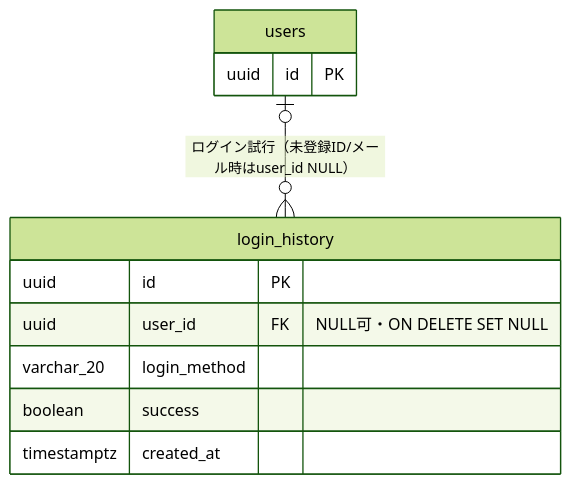
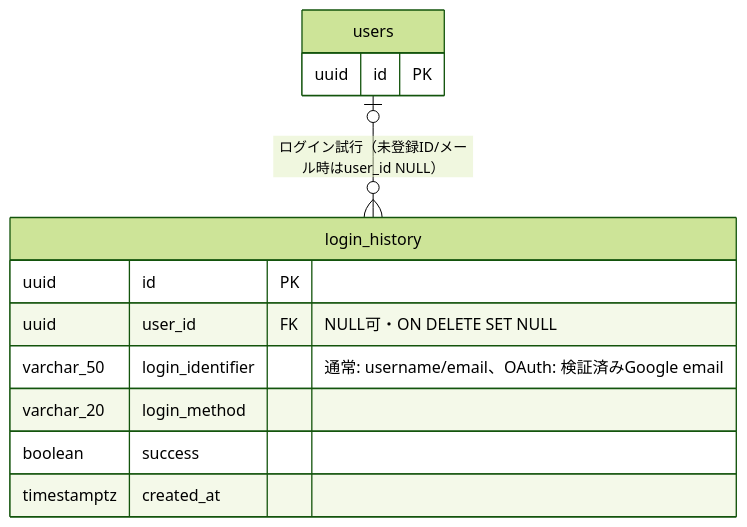
Before and after one commit to oikawa-d/task_management: the first of 3 diagrams in docs/detailed_design/database/03_table_login_history.md, drawn with Mermaid (forest theme). The commit also changed other lines of this file and 10 other files, not shown here.

Commit message:
docs: #223 OAuth login_identifierの定義を整合

````diff
--- a/docs/detailed_design/database/03_table_login_history.md
+++ b/docs/detailed_design/database/03_table_login_history.md
@@ -125,15 +125,16 @@
 ```mermaid
 erDiagram
     users |o--o{ login_history : "ログイン試行（未登録ID/メール時はuser_id NULL）"
 
     users {
         uuid id PK
     }
     login_history {
         uuid id PK
         uuid user_id FK "NULL可・ON DELETE SET NULL"
+        varchar_50 login_identifier "通常: username/email、OAuth: 検証済みGoogle email"
         varchar_20 login_method
         boolean success
         timestamptz created_at
     }
 ```
````
